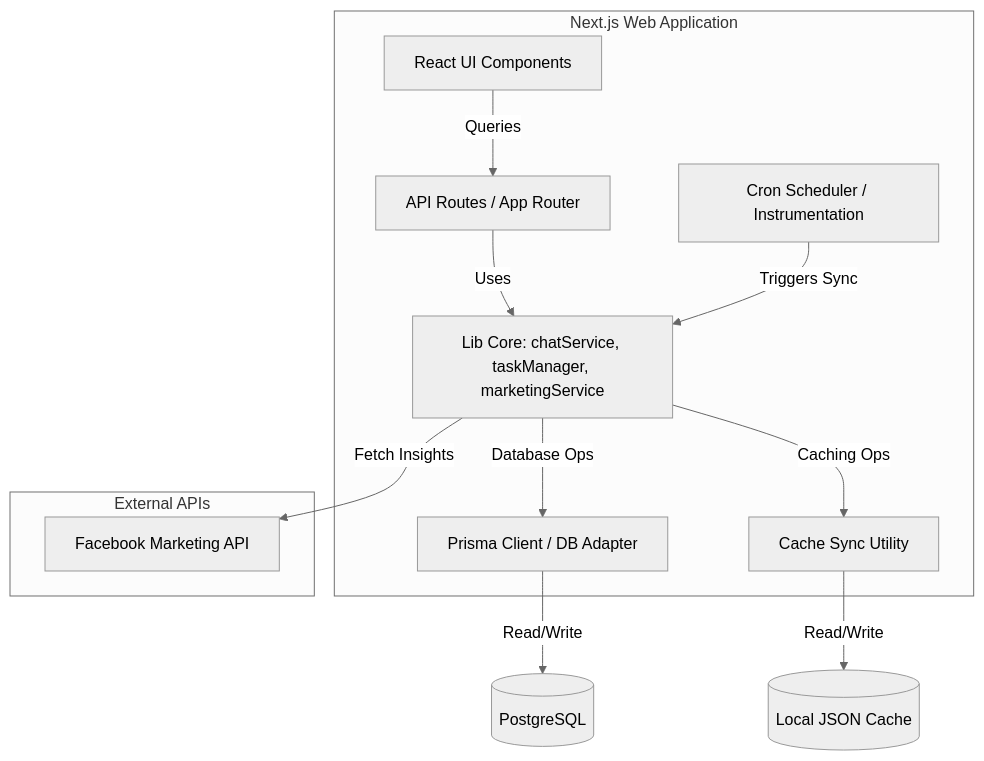
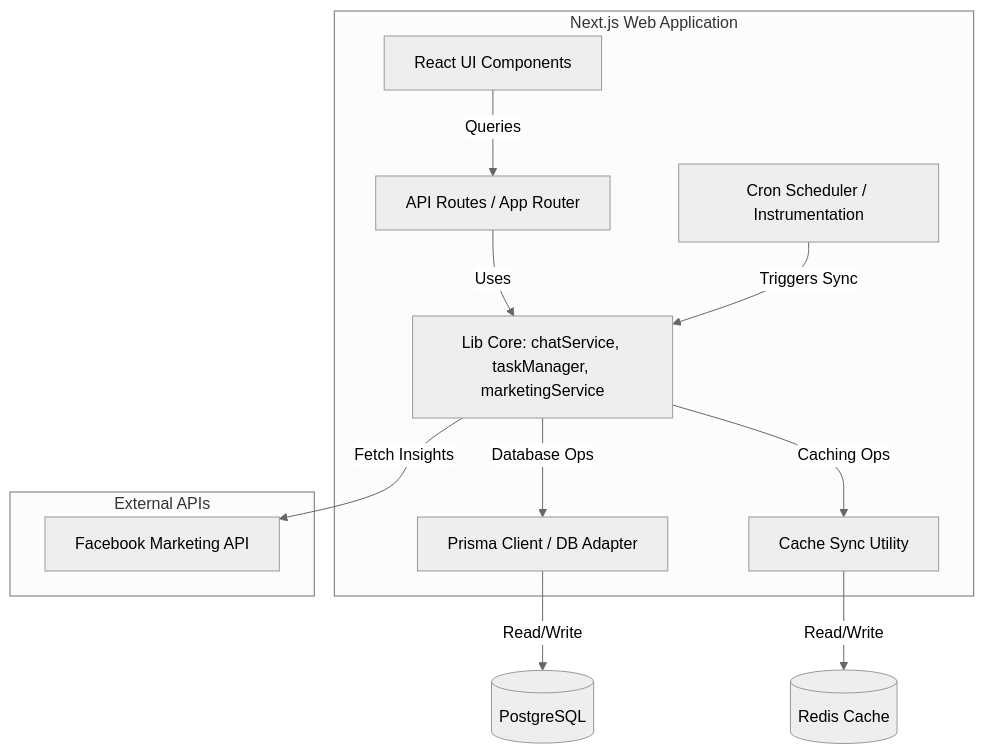
Before and after one commit to Freshair129/crmapp: the third of 6 diagrams in docs/architecture/arc42-main.md, drawn with Mermaid (neutral theme). The commit also changed other lines of this file and 18 other files, not shown here.

````diff
--- a/docs/architecture/arc42-main.md
+++ b/docs/architecture/arc42-main.md
@@ -90,26 +111,26 @@
 ```mermaid
 %% [MermaidChart: e0a42f31-fbb1-49a2-b675-007850abd9a3]
 graph TD
     subgraph Nextjs_App [Next.js Web Application]
         API_Routes[API Routes / App Router]
         UI_Components[React UI Components]
         Lib_Core[Lib Core: chatService, taskManager, marketingService]
         Prisma_Client[Prisma Client / DB Adapter]
         Cache_Sync[Cache Sync Utility]
         Cron_Scheduler[Cron Scheduler / Instrumentation]
     end
 
     subgraph External_APIs [External APIs]
         FB_API[Facebook Marketing API]
     end
 
     UI_Components -->|Queries| API_Routes
     API_Routes -->|Uses| Lib_Core
     Lib_Core -->|Database Ops| Prisma_Client
     Lib_Core -->|Caching Ops| Cache_Sync
     Lib_Core -->|Fetch Insights| FB_API
     
     Cron_Scheduler -->|Triggers Sync| Lib_Core
-    Cache_Sync -->|Read/Write| JSON_Cache[(Local JSON Cache)]
+    Cache_Sync -->|Read/Write| Redis_Cache[(Redis Cache)]
     Prisma_Client -->|Read/Write| Postgres[(PostgreSQL)]
 ```
````
